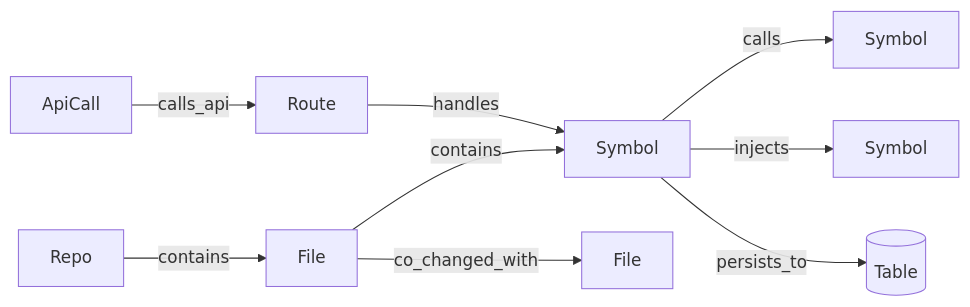
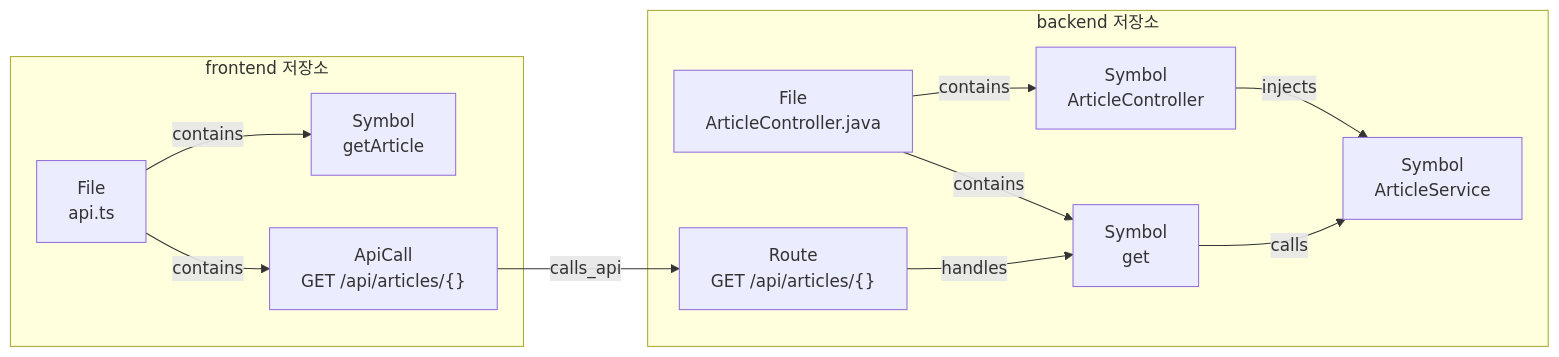
The second of 2 diagrams in book/src/nunchi/00-map.md (iwindfree/nunchi), drawn with Mermaid before and after one commit. The commit also changed other lines of this file, not shown here.

````diff
--- a/book/src/nunchi/00-map.md
+++ b/book/src/nunchi/00-map.md
@@ -89,11 +148,23 @@
 ```mermaid
 flowchart LR
-    R[Repo] -->|contains| F[File]
-    F -->|contains| S[Symbol]
-    S -->|calls| S2[Symbol]
-    S -->|injects| S3[Symbol]
-    RT[Route] -->|handles| S
-    AC[ApiCall] -->|calls_api| RT
-    S -->|persists_to| T[(Table)]
-    F -->|co_changed_with| F2[File]
+    subgraph FE["frontend 저장소"]
+        F2["File<br/>api.ts"]
+        SG["Symbol<br/>getArticle"]
+        AC["ApiCall<br/>GET /api/articles/{}"]
+    end
+    subgraph BE["backend 저장소"]
+        F1["File<br/>ArticleController.java"]
+        SC["Symbol<br/>ArticleController"]
+        SM["Symbol<br/>get"]
+        SV["Symbol<br/>ArticleService"]
+        RT["Route<br/>GET /api/articles/{}"]
+    end
+    F2 -->|contains| SG
+    F2 -->|contains| AC
+    F1 -->|contains| SC
+    F1 -->|contains| SM
+    SC -->|injects| SV
+    SM -->|calls| SV
+    RT -->|handles| SM
+    AC -->|calls_api| RT
 ```
````
